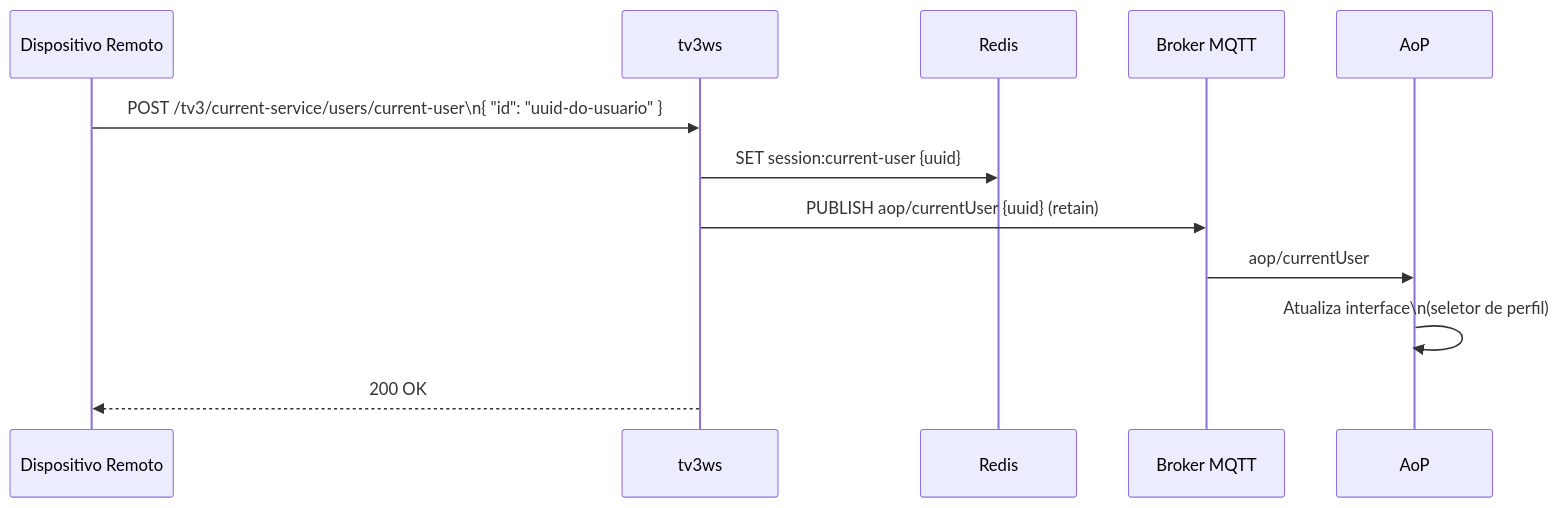
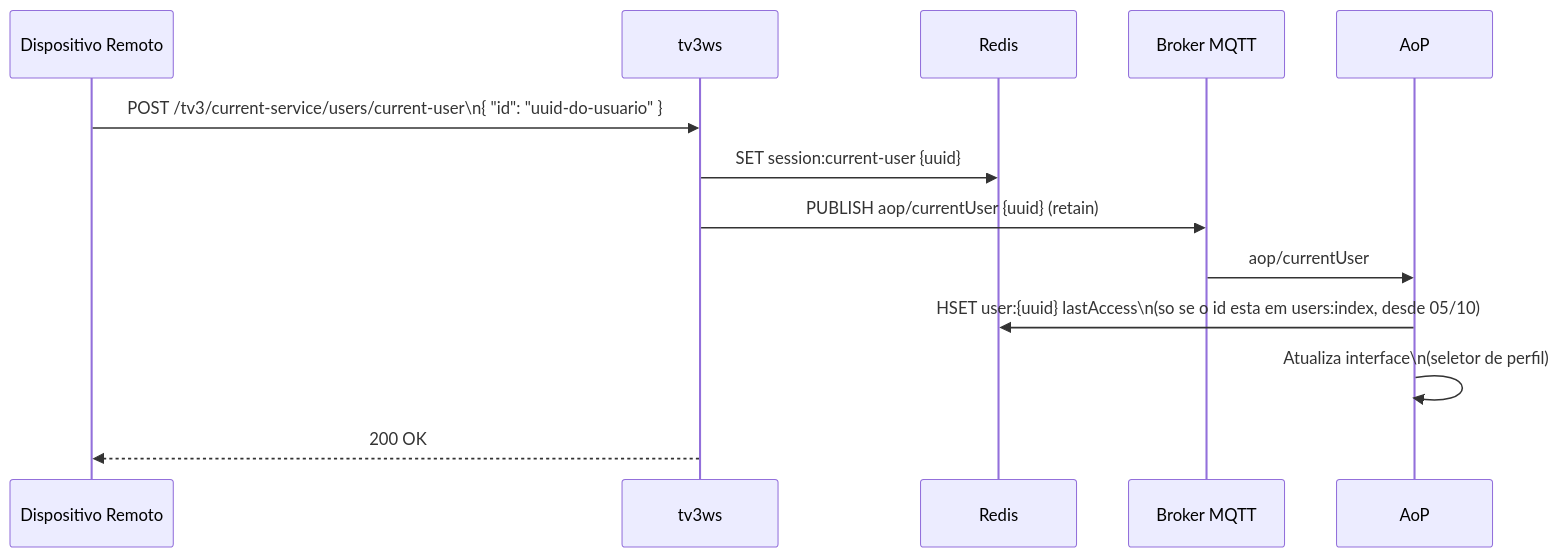
The fourth of 4 diagrams in docs/07-usuarios-perfis.md (multisens/Infra), drawn with Mermaid before and after one commit. The commit also changed other lines of this file and 26 other files, not shown here.

````diff
--- a/docs/07-usuarios-perfis.md
+++ b/docs/07-usuarios-perfis.md
@@ -190,15 +192,16 @@
 ```mermaid
 sequenceDiagram
     participant C as Dispositivo Remoto
     participant TV3WS as tv3ws
     participant REDIS as Redis
     participant MQTT as Broker MQTT
     participant AOP as AoP
 
     C->>TV3WS: POST /tv3/current-service/users/current-user\n{ "id": "uuid-do-usuario" }
     TV3WS->>REDIS: SET session:current-user {uuid}
     TV3WS->>MQTT: PUBLISH aop/currentUser {uuid} (retain)
     MQTT->>AOP: aop/currentUser
+    AOP->>REDIS: HSET user:{uuid} lastAccess\n(so se o id esta em users:index, desde 05/10)
     AOP->>AOP: Atualiza interface\n(seletor de perfil)
     TV3WS-->>C: 200 OK
 ```
````
